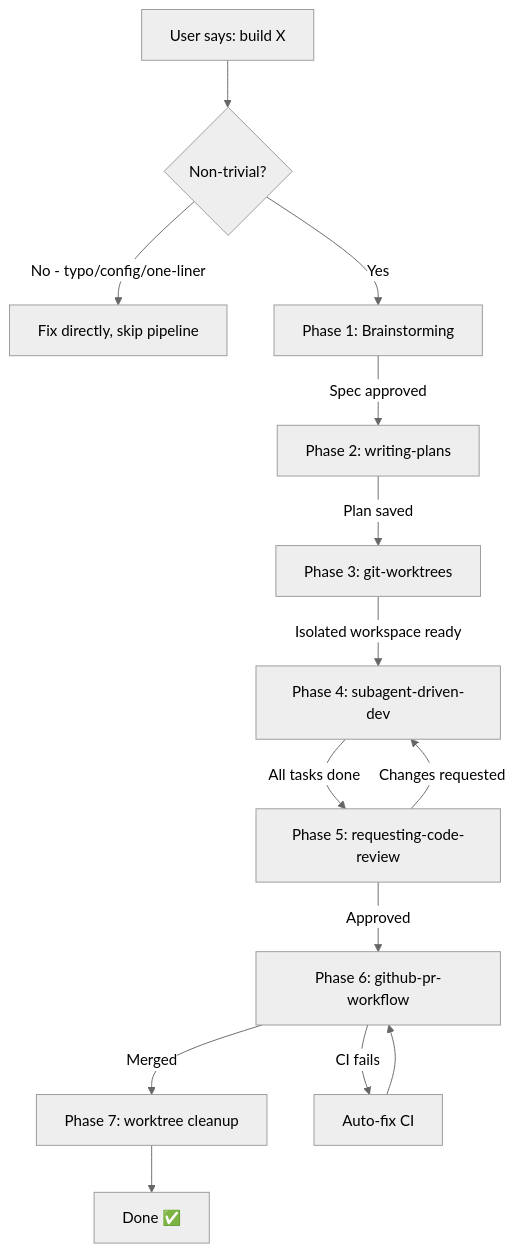
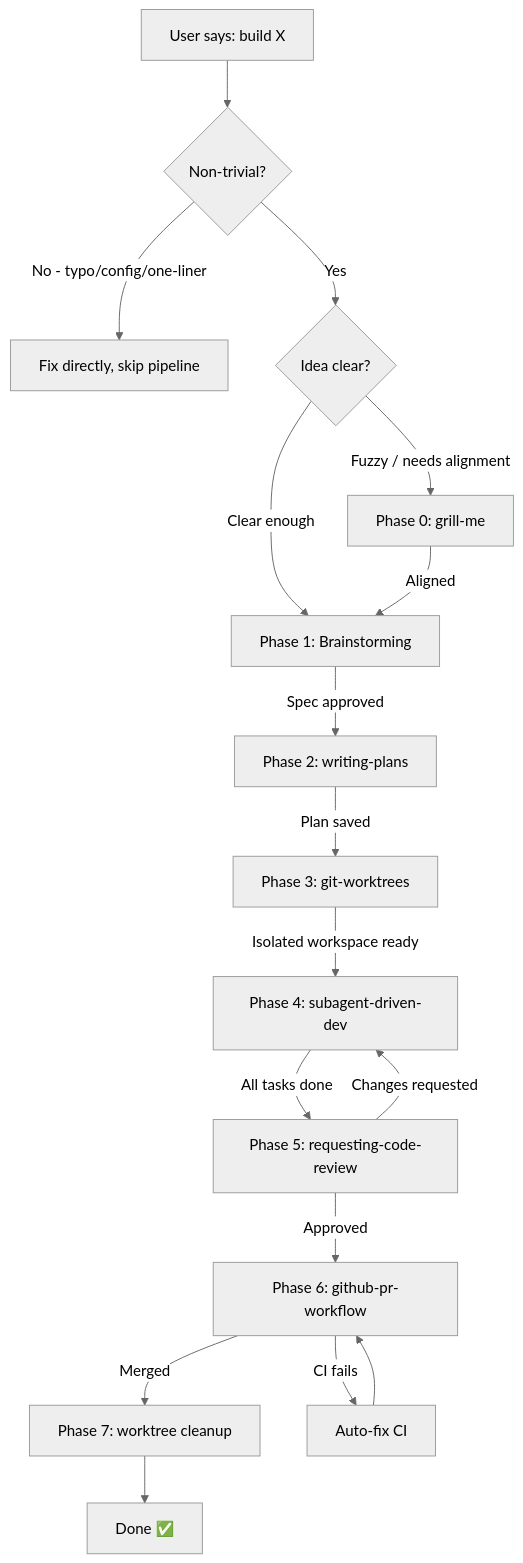
One commit to bj9421/HA-POWERS-Docs changed the first of 2 diagrams in SKILL.md. Above: the diagram before and after it, drawn with Mermaid (neutral theme). The commit also changed other lines of this file and 2 other files, not shown here.

````diff
--- a/SKILL.md
+++ b/SKILL.md
@@ -33,19 +37,22 @@
 ```mermaid
 flowchart TD
     U[User says: build X] --> GATE0{Non-trivial?}
     GATE0 -->|No - typo/config/one-liner| FIX[Fix directly, skip pipeline]
-    GATE0 -->|Yes| BRAIN[Phase 1: Brainstorming]
+    GATE0 -->|Yes| GATE_FUZZY{Idea clear?}
+    GATE_FUZZY -->|Fuzzy / needs alignment| GRILL[Phase 0: grill-me]
+    GATE_FUZZY -->|Clear enough| BRAIN[Phase 1: Brainstorming]
     
+    GRILL -->|Aligned| BRAIN
     BRAIN -->|Spec approved| PLAN[Phase 2: writing-plans]
     PLAN -->|Plan saved| WORK[Phase 3: git-worktrees]
     
     WORK -->|Isolated workspace ready| IMPL[Phase 4: subagent-driven-dev]
     IMPL -->|All tasks done| REVIEW[Phase 5: requesting-code-review]
     
     REVIEW -->|Approved| PR[Phase 6: github-pr-workflow]
     PR -->|Merged| CLEAN[Phase 7: worktree cleanup]
     CLEAN --> DONE[Done ✅]
     
     REVIEW -->|Changes requested| IMPL
     PR -->|CI fails| FIX_CI[Auto-fix CI] --> PR
 ```
````
